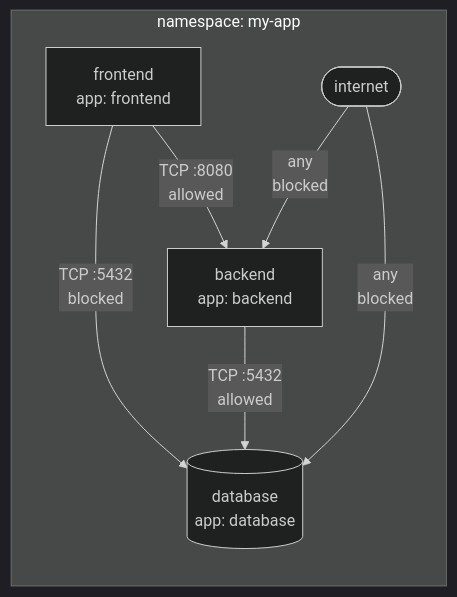
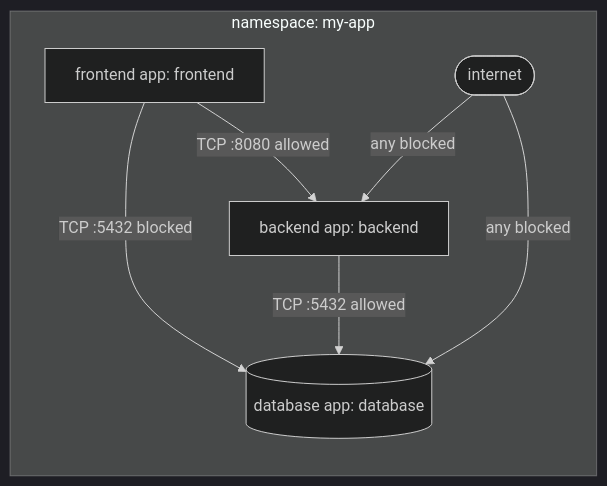
Before and after one commit to UncleJS/course_k3s: the fourth of 4 diagrams in 09_security/02_network_policies.md, drawn with Mermaid (dark theme). The commit also changed other lines of this file and 57 other files, not shown here.

````diff
--- a/09_security/02_network_policies.md
+++ b/09_security/02_network_policies.md
@@ -420,10 +420,10 @@
 ```mermaid
 flowchart LR
     subgraph "namespace: my-app"
-        FE[frontend\napp: frontend] -->|TCP :8080\nallowed| BE[backend\napp: backend]
-        FE -->|TCP :5432\nblocked| DB[(database\napp: database)]
-        BE -->|TCP :5432\nallowed| DB
-        EXT([internet]) -->|any\nblocked| BE
-        EXT -->|any\nblocked| DB
+        FE[frontend app: frontend] -->|TCP :8080 allowed| BE[backend app: backend]
+        FE -->|TCP :5432 blocked| DB[(database app: database)]
+        BE -->|TCP :5432 allowed| DB
+        EXT([internet]) -->|any blocked| BE
+        EXT -->|any blocked| DB
     end
 ```
````
